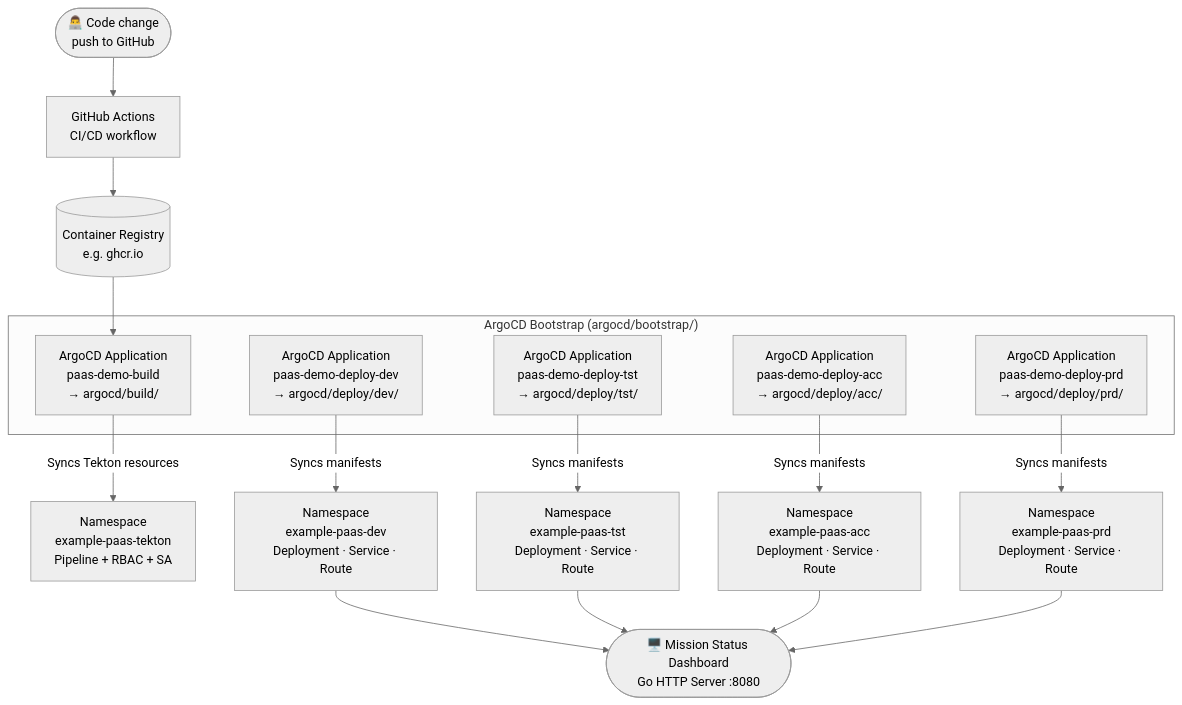
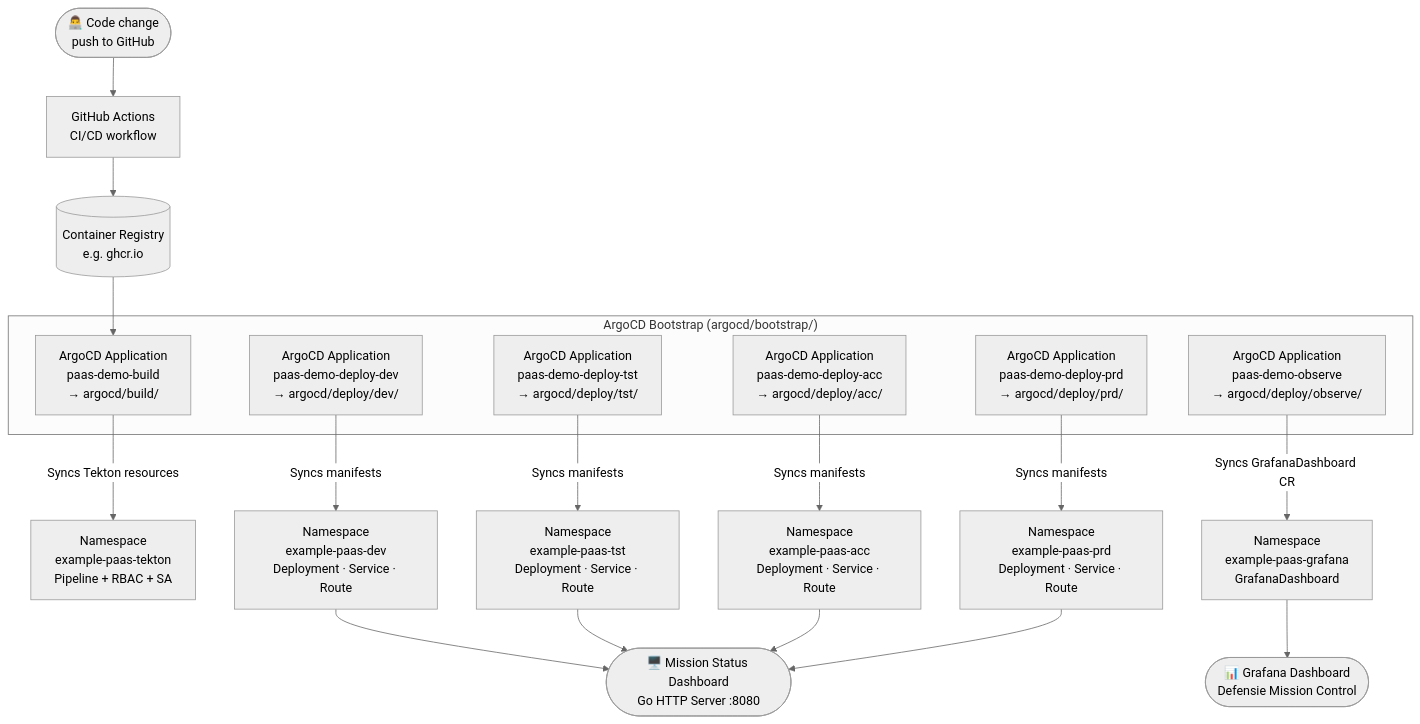
Before and after one commit to benoitschipper/paas-demo-app: the diagram in README.md, drawn with Mermaid (neutral theme). The commit also changed other lines of this file, not shown here.

````diff
--- a/README.md
+++ b/README.md
@@ -39,25 +39,28 @@
 ```mermaid
 flowchart TD
     A([👨‍💻 Code change<br/>push to GitHub]) --> B[GitHub Actions<br/>CI/CD workflow]
     B --> C[(Container Registry<br/>e.g. ghcr.io)]
     C --> D
 
     subgraph ArgoCD Bootstrap ["ArgoCD Bootstrap (argocd/bootstrap/)"]
         D[ArgoCD Application<br/>paas-demo-build<br/>→ argocd/build/]
         E[ArgoCD Application<br/>paas-demo-deploy-dev<br/>→ argocd/deploy/dev/]
         F[ArgoCD Application<br/>paas-demo-deploy-tst<br/>→ argocd/deploy/tst/]
         G[ArgoCD Application<br/>paas-demo-deploy-acc<br/>→ argocd/deploy/acc/]
         H[ArgoCD Application<br/>paas-demo-deploy-prd<br/>→ argocd/deploy/prd/]
+        I[ArgoCD Application<br/>paas-demo-observe<br/>→ argocd/deploy/observe/]
     end
 
     D -->|Syncs Tekton resources| NS_TEKTON[Namespace<br/>example-paas-tekton<br/>Pipeline + RBAC + SA]
     E -->|Syncs manifests| NS_DEV[Namespace<br/>example-paas-dev<br/>Deployment · Service · Route]
     F -->|Syncs manifests| NS_TST[Namespace<br/>example-paas-tst<br/>Deployment · Service · Route]
     G -->|Syncs manifests| NS_ACC[Namespace<br/>example-paas-acc<br/>Deployment · Service · Route]
     H -->|Syncs manifests| NS_PRD[Namespace<br/>example-paas-prd<br/>Deployment · Service · Route]
+    I -->|Syncs GrafanaDashboard CR| NS_GRAFANA[Namespace<br/>example-paas-grafana<br/>GrafanaDashboard]
 
     NS_DEV --> APP([🖥️ Mission Status Dashboard<br/>Go HTTP Server :8080])
     NS_TST --> APP
     NS_ACC --> APP
     NS_PRD --> APP
+    NS_GRAFANA --> GRAFANA([📊 Grafana Dashboard<br/>Defensie Mission Control])
 ```
````
